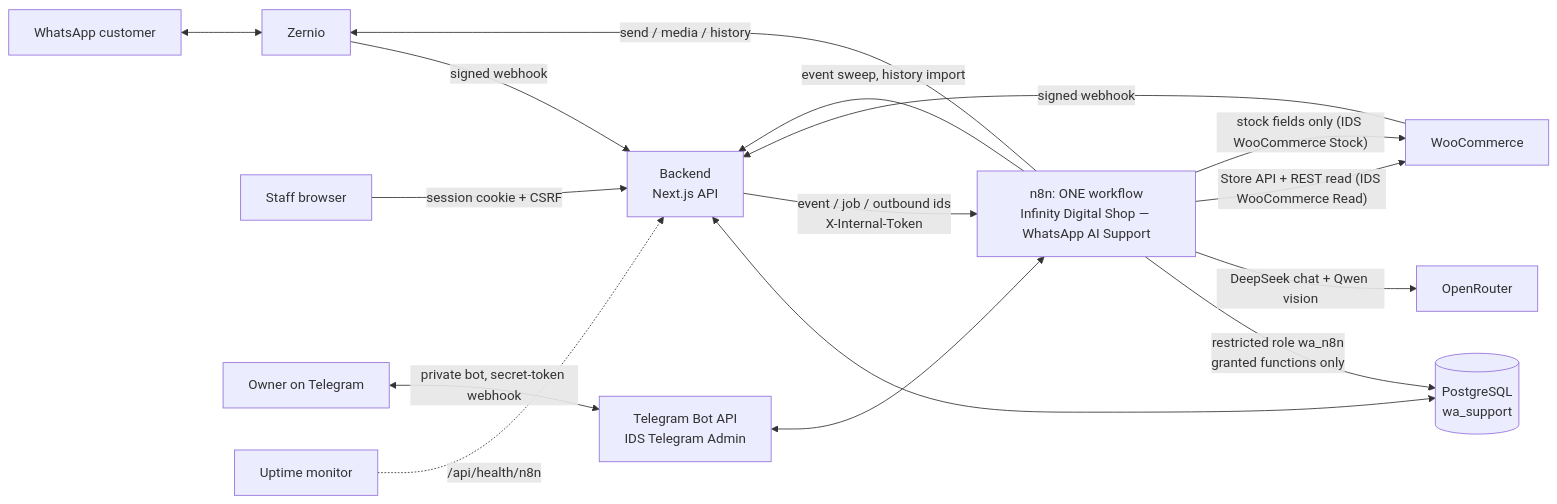
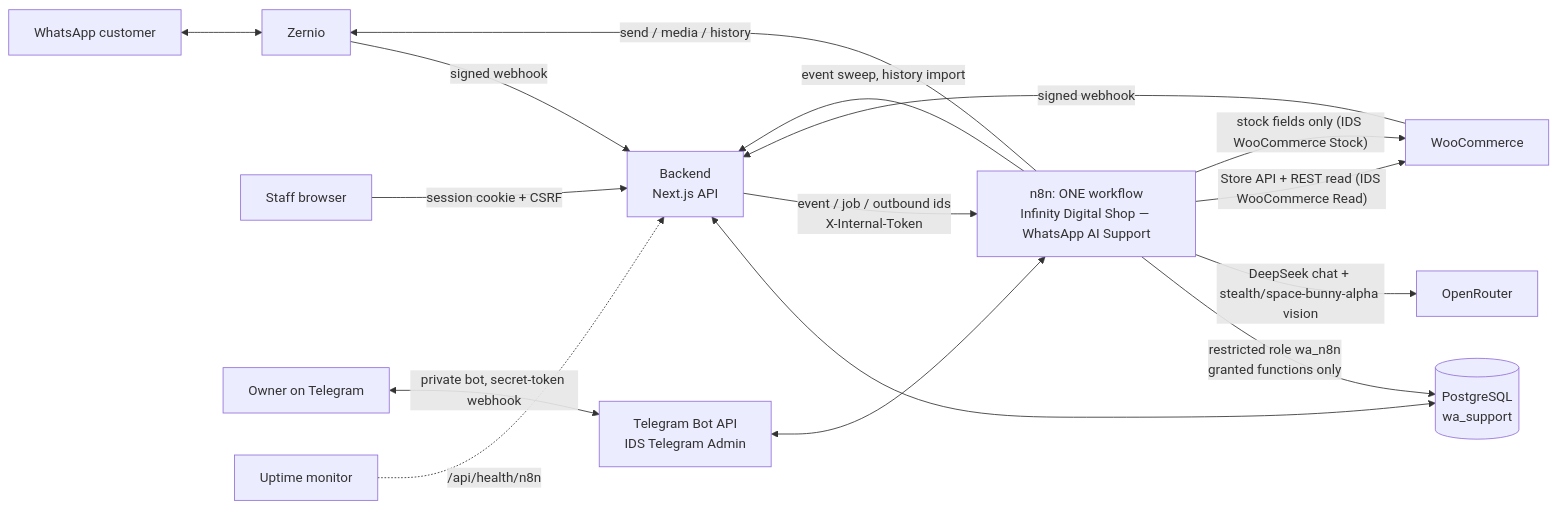
The diagram in docs/ARCHITECTURE.md (noobdurjoy/whatn8n), drawn with Mermaid before and after one commit. The commit also changed other lines of this file and 11 other files, not shown here.

First line of the commit message:
Image model: stealth/space-bunny-alpha everywhere (owner's choice; passes live checks); verification updated

````diff
--- a/docs/ARCHITECTURE.md
+++ b/docs/ARCHITECTURE.md
@@ -5,18 +5,18 @@
 ```mermaid
 flowchart LR
   WA[WhatsApp customer] <--> Z[Zernio]
   Z -- signed webhook --> BE[Backend<br/>Next.js API]
   WOO[WooCommerce] -- signed webhook --> BE
   BE <--> DB[(PostgreSQL<br/>wa_support)]
   BE -- event / job / outbound ids<br/>X-Internal-Token --> WF[n8n: ONE workflow<br/>Infinity Digital Shop — WhatsApp AI Support]
   WF -- restricted role wa_n8n<br/>granted functions only --> DB
   WF -- send / media / history --> Z
-  WF -- DeepSeek chat + Qwen vision --> OR[OpenRouter]
+  WF -- DeepSeek chat + stealth/space-bunny-alpha vision --> OR[OpenRouter]
   WF -- Store API + REST read (IDS WooCommerce Read) --> WOO
   WF -- stock fields only (IDS WooCommerce Stock) --> WOO
   WF -- event sweep, history import --> BE
   STAFF[Staff browser] -- session cookie + CSRF --> BE
   OWNER[Owner on Telegram] <-- private bot, secret-token webhook --> TGB[Telegram Bot API<br/>IDS Telegram Admin]
   TGB <--> WF
   MON[Uptime monitor] -. /api/health/n8n .-> BE
 ```
````
